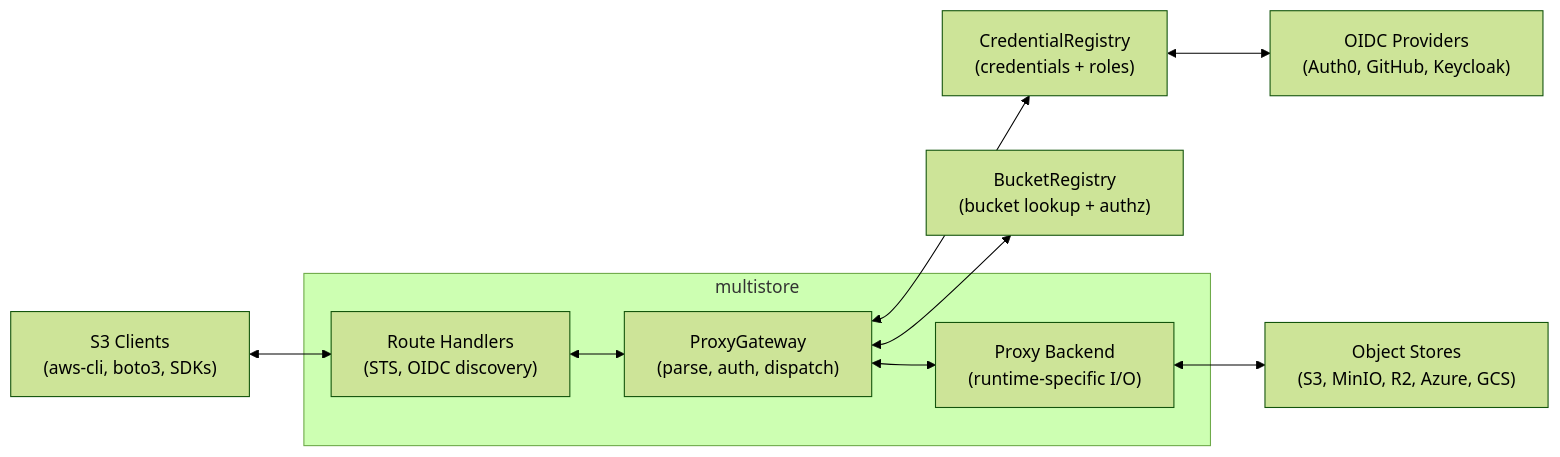
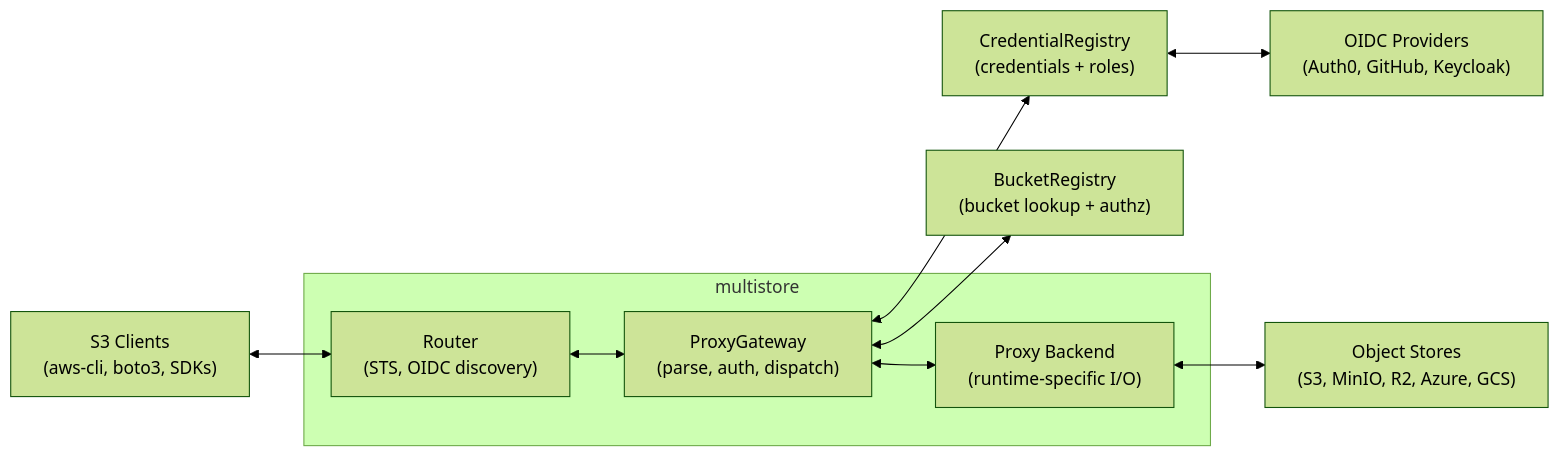
The diagram in docs/architecture/index.md (developmentseed/multistore), drawn with Mermaid (forest theme) before and after one commit. The commit also changed other lines of this file and 22 other files, not shown here.

````diff
--- a/docs/architecture/index.md
+++ b/docs/architecture/index.md
@@ -7,23 +7,23 @@
 ```mermaid
 flowchart LR
     Clients["S3 Clients<br>(aws-cli, boto3, SDKs)"]
 
     subgraph Proxy["multistore"]
-        RouteHandlers["Route Handlers<br>(STS, OIDC discovery)"]
+        Router["Router<br>(STS, OIDC discovery)"]
         Gateway["ProxyGateway<br>(parse, auth, dispatch)"]
         Backend["Proxy Backend<br>(runtime-specific I/O)"]
     end
 
     BucketReg["BucketRegistry<br>(bucket lookup + authz)"]
     CredReg["CredentialRegistry<br>(credentials + roles)"]
     OIDC["OIDC Providers<br>(Auth0, GitHub, Keycloak)"]
     Stores["Object Stores<br>(S3, MinIO, R2, Azure, GCS)"]
 
-    Clients <--> RouteHandlers
-    RouteHandlers <--> Gateway
+    Clients <--> Router
+    Router <--> Gateway
     Gateway <--> BucketReg
     Gateway <--> CredReg
     CredReg <--> OIDC
     Gateway <--> Backend
     Backend <--> Stores
 ```
````
